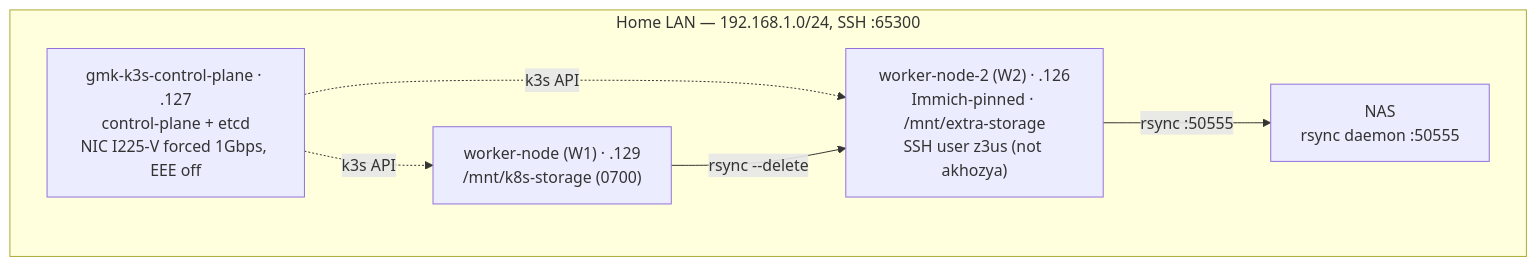
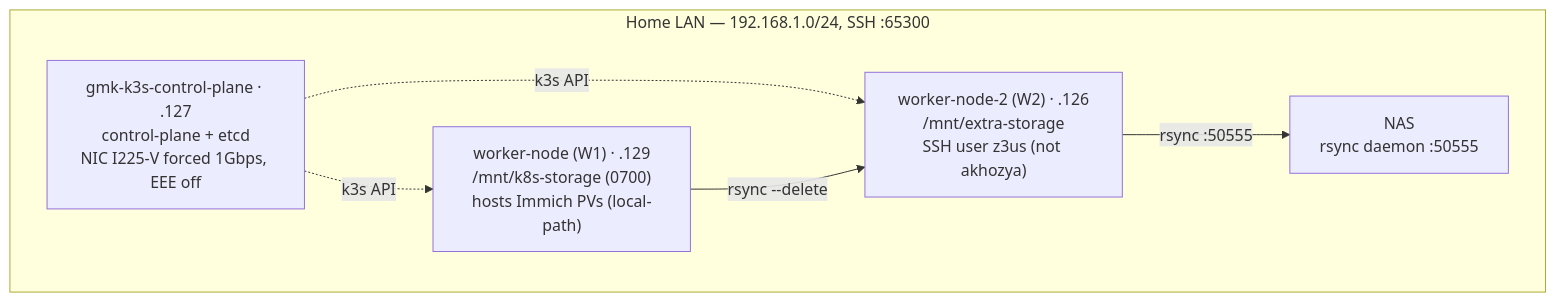
One commit to AKhozya/homelab changed the first of 4 diagrams in docs/ARCHITECTURE.md. Above: the diagram before and after it, drawn with Mermaid. The commit also changed other lines of this file and 1 other file, not shown here.

Commit message:
docs: fix Immich pin (W2→W1, local-path PV nodeAffinity not mtime — codemap was wrong); ground F-5 phrasing; cite cloudflared NP source; NP count ~40→~43

````diff
--- a/docs/ARCHITECTURE.md
+++ b/docs/ARCHITECTURE.md
@@ -22,13 +22,13 @@
 ```mermaid
 flowchart TB
   subgraph LAN["Home LAN — 192.168.1.0/24, SSH :65300"]
     CP["gmk-k3s-control-plane · .127<br/>control-plane + etcd<br/>NIC I225-V forced 1Gbps, EEE off"]
-    W1["worker-node (W1) · .129<br/>/mnt/k8s-storage (0700)"]
-    W2["worker-node-2 (W2) · .126<br/>Immich-pinned · /mnt/extra-storage<br/>SSH user z3us (not akhozya)"]
+    W1["worker-node (W1) · .129<br/>/mnt/k8s-storage (0700)<br/>hosts Immich PVs (local-path)"]
+    W2["worker-node-2 (W2) · .126<br/>/mnt/extra-storage<br/>SSH user z3us (not akhozya)"]
     NAS["NAS<br/>rsync daemon :50555"]
   end
   CP -. k3s API .-> W1
   CP -. k3s API .-> W2
   W1 -->|"rsync --delete"| W2
   W2 -->|"rsync :50555"| NAS
 ```
````
